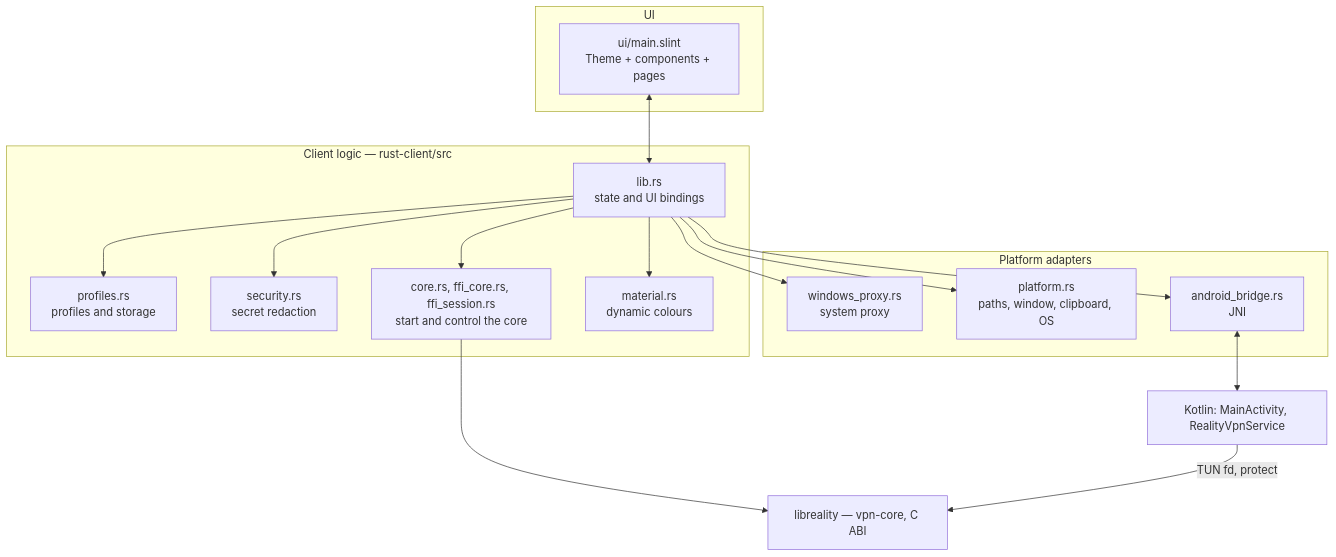
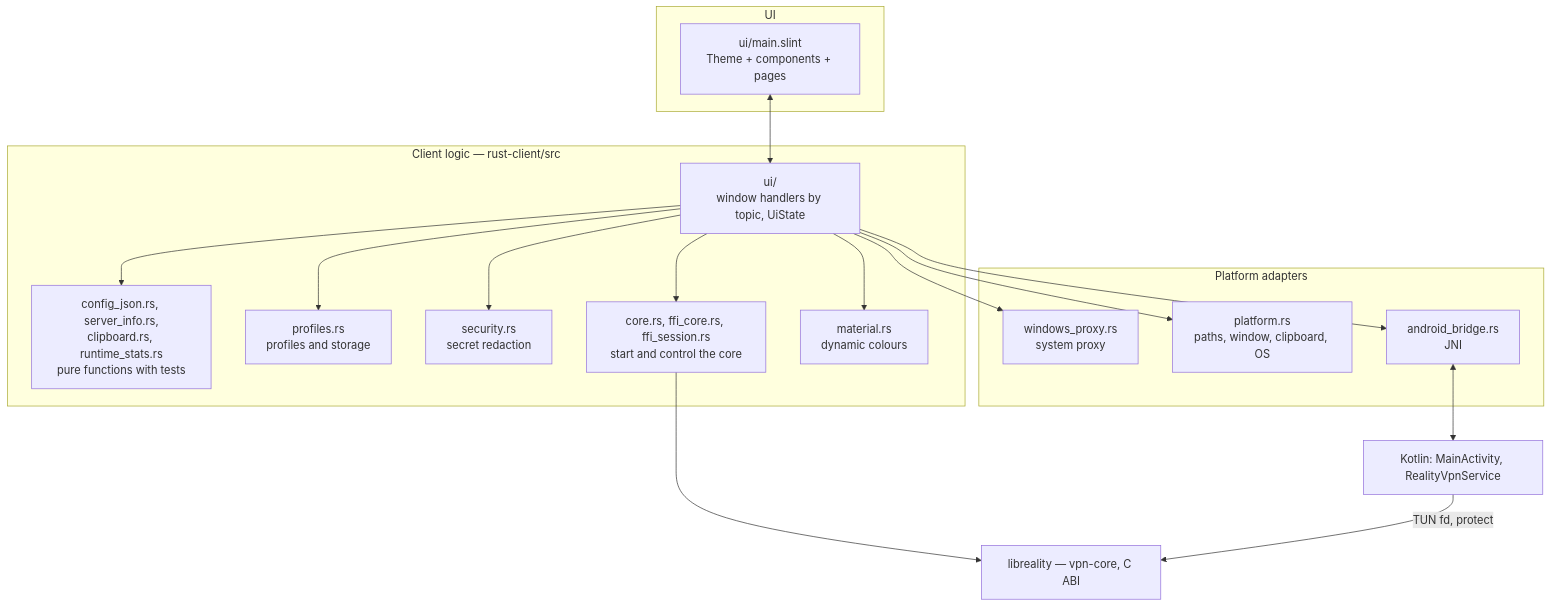
The first of 2 diagrams in docs/ARCHITECTURE.en.md (ERGFT/reality-client), drawn with Mermaid before and after one commit. The commit also changed other lines of this file and 20 other files, not shown here.

First line of the commit message:
Split lib.rs into ui/ and pure modules (stage 5)

````diff
--- a/docs/ARCHITECTURE.en.md
+++ b/docs/ARCHITECTURE.en.md
@@ -22,27 +22,28 @@
 ```mermaid
 flowchart TB
   subgraph UI[UI]
     S[ui/main.slint<br/>Theme + components + pages]
   end
   subgraph APP[Client logic — rust-client/src]
-    LIB[lib.rs<br/>state and UI bindings]
+    UIM[ui/<br/>window handlers by topic, UiState]
+    PURE[config_json.rs, server_info.rs,<br/>clipboard.rs, runtime_stats.rs<br/>pure functions with tests]
     PR[profiles.rs<br/>profiles and storage]
     SEC[security.rs<br/>secret redaction]
     CORE[core.rs, ffi_core.rs, ffi_session.rs<br/>start and control the core]
     MAT[material.rs<br/>dynamic colours]
   end
   subgraph PLAT[Platform adapters]
     WP[windows_proxy.rs<br/>system proxy]
     PF[platform.rs<br/>paths, window, clipboard, OS]
     AB[android_bridge.rs<br/>JNI]
   end
   K[Kotlin: MainActivity, RealityVpnService]
   LR[libreality — vpn-core, C ABI]
 
-  S <--> LIB
-  LIB --> PR & SEC & CORE & MAT
-  LIB --> WP & PF & AB
+  S <--> UIM
+  UIM --> PURE & PR & SEC & CORE & MAT
+  UIM --> WP & PF & AB
   CORE --> LR
   AB <--> K
   K -- TUN fd, protect --> LR
 ```
````
